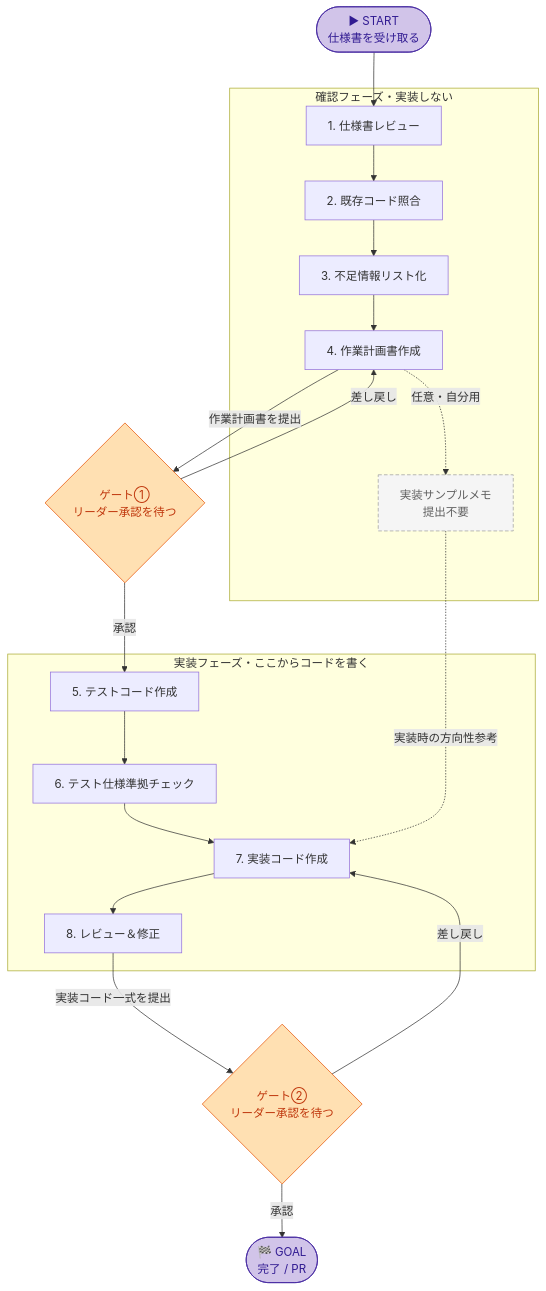
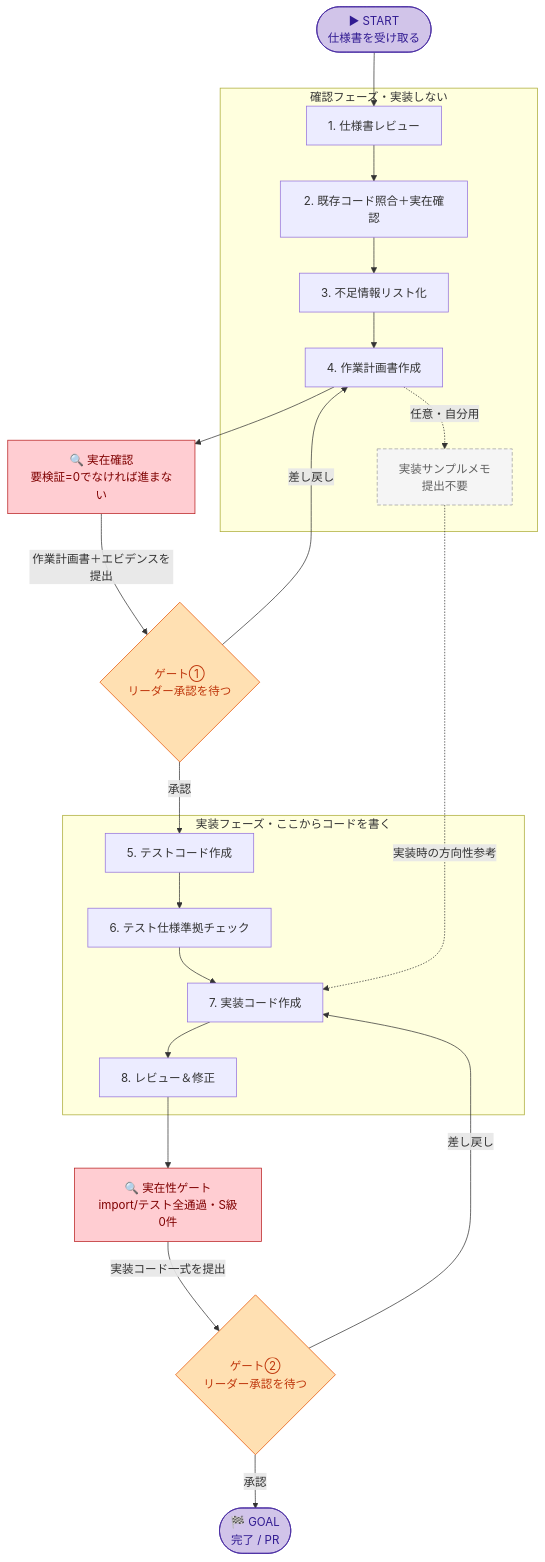
The second of 2 diagrams in docs/workflow-guide.md (kurosawa-kuro/copilot-workflow), drawn with Mermaid before and after one commit. The commit also changed other lines of this file, not shown here.

````diff
--- a/docs/workflow-guide.md
+++ b/docs/workflow-guide.md
@@ -29,31 +46,35 @@
 ```mermaid
 flowchart TD
     START([▶ START<br/>仕様書を受け取る]) --> A
 
     subgraph P1[確認フェーズ・実装しない]
-        A[1. 仕様書レビュー] --> B[2. 既存コード照合] --> C[3. 不足情報リスト化] --> D[4. 作業計画書作成]
+        A[1. 仕様書レビュー] --> B[2. 既存コード照合＋実在確認] --> C[3. 不足情報リスト化] --> D[4. 作業計画書作成]
         D -. 任意・自分用 .-> SUP[実装サンプルメモ<br/>提出不要]
     end
 
-    D -- 作業計画書を提出 --> G1{ゲート①<br/>リーダー承認を待つ}
+    D --> V1[🔍 実在確認<br/>要検証=0でなければ進まない]
+    V1 -- 作業計画書＋エビデンスを提出 --> G1{ゲート①<br/>リーダー承認を待つ}
     G1 -- 差し戻し --> D
 
     G1 -- 承認 --> E
 
     subgraph P2[実装フェーズ・ここからコードを書く]
         E[5. テストコード作成] --> F[6. テスト仕様準拠チェック] --> H[7. 実装コード作成] --> I[8. レビュー＆修正]
     end
 
     SUP -. 実装時の方向性参考 .-> H
 
-    I -- 実装コード一式を提出 --> G2{ゲート②<br/>リーダー承認を待つ}
+    I --> V2[🔍 実在性ゲート<br/>import/テスト全通過・S級0件]
+    V2 -- 実装コード一式を提出 --> G2{ゲート②<br/>リーダー承認を待つ}
     G2 -- 差し戻し --> H
     G2 -- 承認 --> Z([🏁 GOAL<br/>完了 / PR])
 
     classDef startend fill:#d1c4e9,stroke:#4527a0,color:#311b92;
     classDef leader fill:#ffe0b2,stroke:#e65100,color:#bf360c;
     classDef aid fill:#f5f5f5,stroke:#9e9e9e,color:#616161,stroke-dasharray:5 3;
+    classDef ground fill:#ffcdd2,stroke:#b71c1c,color:#7f0000;
     class START,Z startend;
     class G1,G2 leader;
     class SUP aid;
+    class V1,V2 ground;
 ```
````
